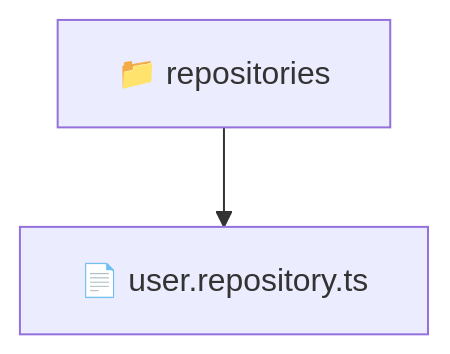
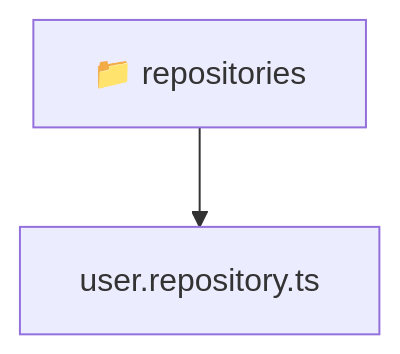
The diagram in backend/src/modules/user/infrastructure/repositories/README.md (beginwebdev2002/fullstack-mavluda), drawn with Mermaid before and after one commit. The commit also changed other lines of this file and 167 other files, not shown here.

````diff
--- a/backend/src/modules/user/infrastructure/repositories/README.md
+++ b/backend/src/modules/user/infrastructure/repositories/README.md
@@ -9,5 +9,6 @@
 ```mermaid
 graph TD
-  Root["📁 repositories"]
-  Root --> user_repository_ts["📄 user.repository.ts"]
+  Root_repositories["📁 repositories"]
+  f_user_repository_ts["user.repository.ts"]
+  Root_repositories --> f_user_repository_ts
 ```
````
